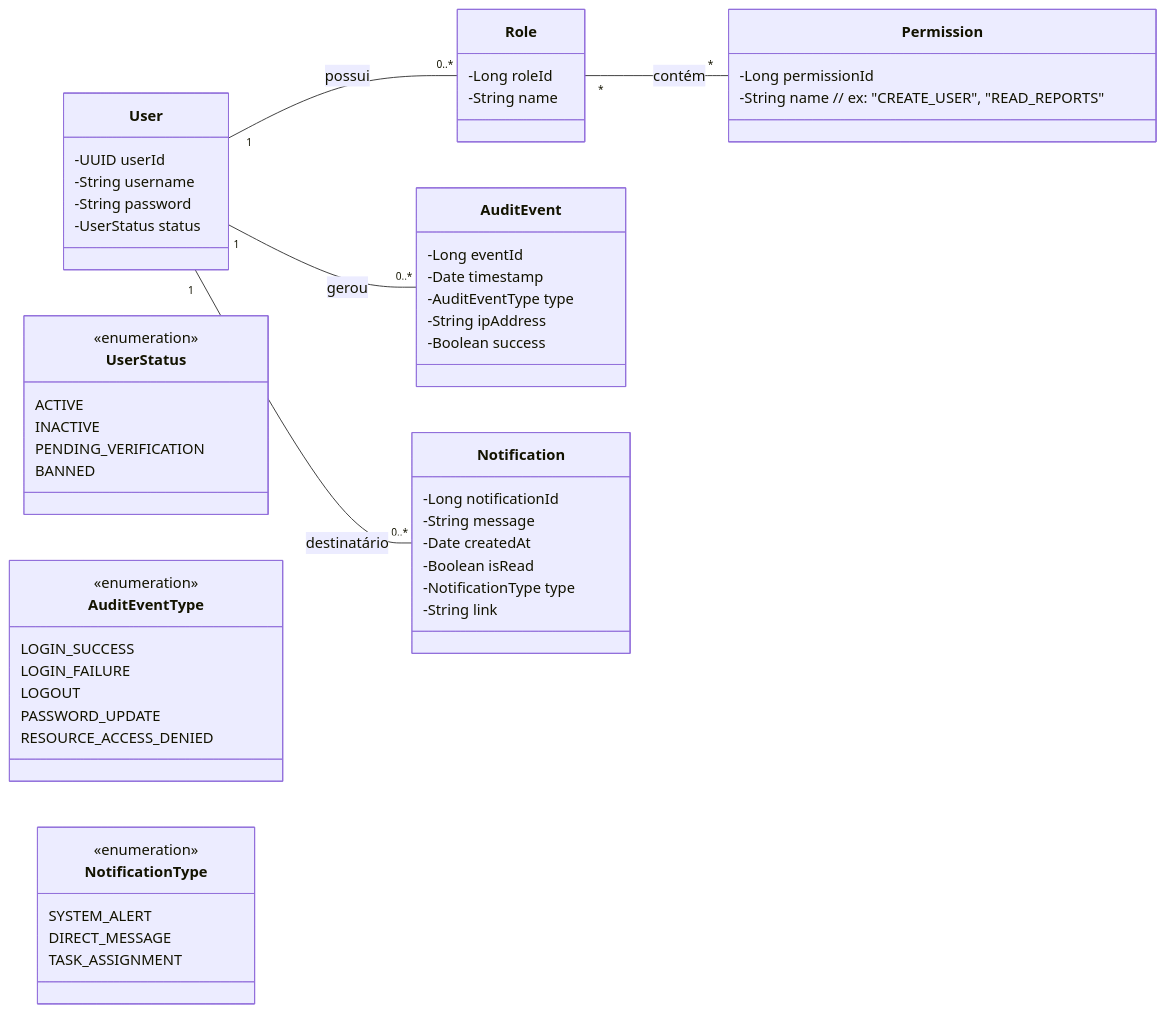
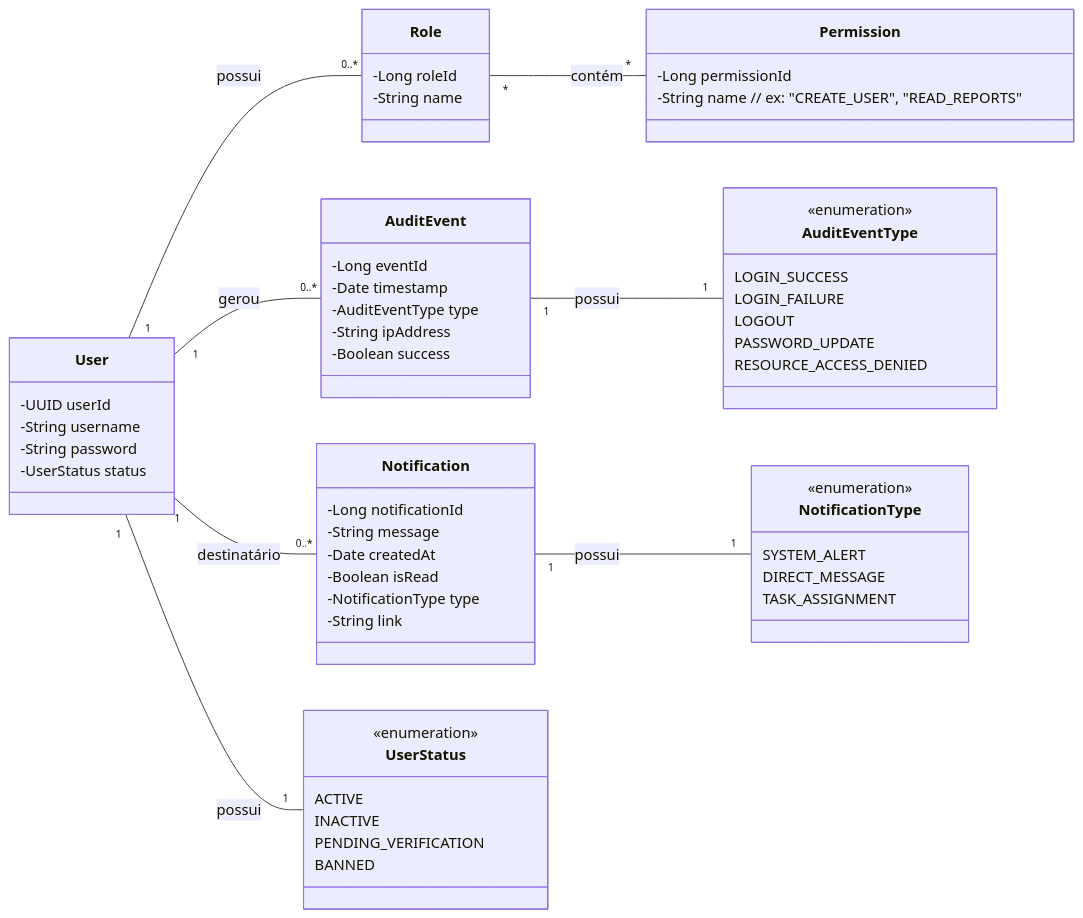
One commit to agsilvamhm/bancodigital changed the first of 5 diagrams in README.md. Above: the diagram before and after it, drawn with Mermaid.

Commit message:
Ajustando o readme para detalhar a autenticação

````diff
--- a/README.md
+++ b/README.md
@@ -16,67 +16,70 @@
 ```mermaid
 classDiagram
   direction LR
 
   class User {
     -UUID userId
     -String username
     -String password
     -UserStatus status
   }
 
   class Role {
     -Long roleId
     -String name
   }
 
   class Permission {
     -Long permissionId
     -String name  // ex: "CREATE_USER", "READ_REPORTS"
   }
 
   class AuditEvent {
     -Long eventId
     -Date timestamp
     -AuditEventType type
     -String ipAddress
     -Boolean success
   }
 
   class Notification {
     -Long notificationId
     -String message
     -Date createdAt
     -Boolean isRead
     -NotificationType type
     -String link
   }
 
   class UserStatus {
     <<enumeration>>
     ACTIVE
     INACTIVE
     PENDING_VERIFICATION
     BANNED
   }
   
   class AuditEventType {
     <<enumeration>>
     LOGIN_SUCCESS
     LOGIN_FAILURE
     LOGOUT
     PASSWORD_UPDATE
     RESOURCE_ACCESS_DENIED
   }
 
   class NotificationType {
     <<enumeration>>
     SYSTEM_ALERT
     DIRECT_MESSAGE
     TASK_ASSIGNMENT
   }
 
   User "1" -- "0..*" Role : possui
+  User "1" -- "1" UserStatus: possui
   Role "*" -- "*" Permission : contém
   User "1" -- "0..*" AuditEvent : gerou
-  User "1" -- "0..*" Notification : destinatário    
+  User "1" -- "0..*" Notification : destinatário 
+  AuditEvent "1" -- "1" AuditEventType : possui
+  Notification "1" -- "1" NotificationType : possui  
 ```
````
